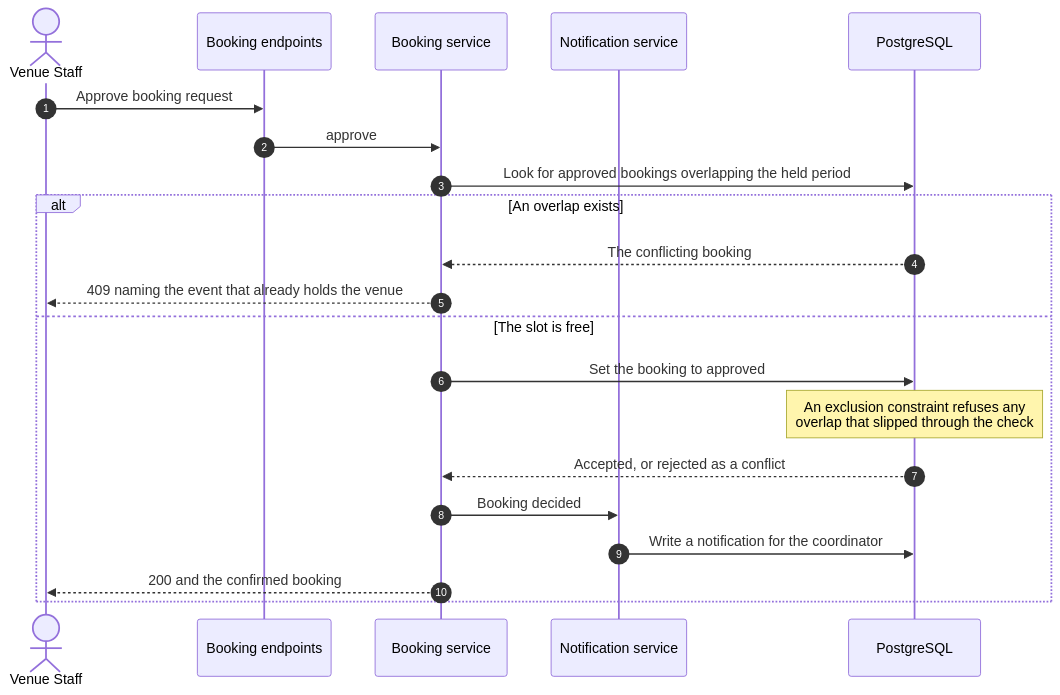
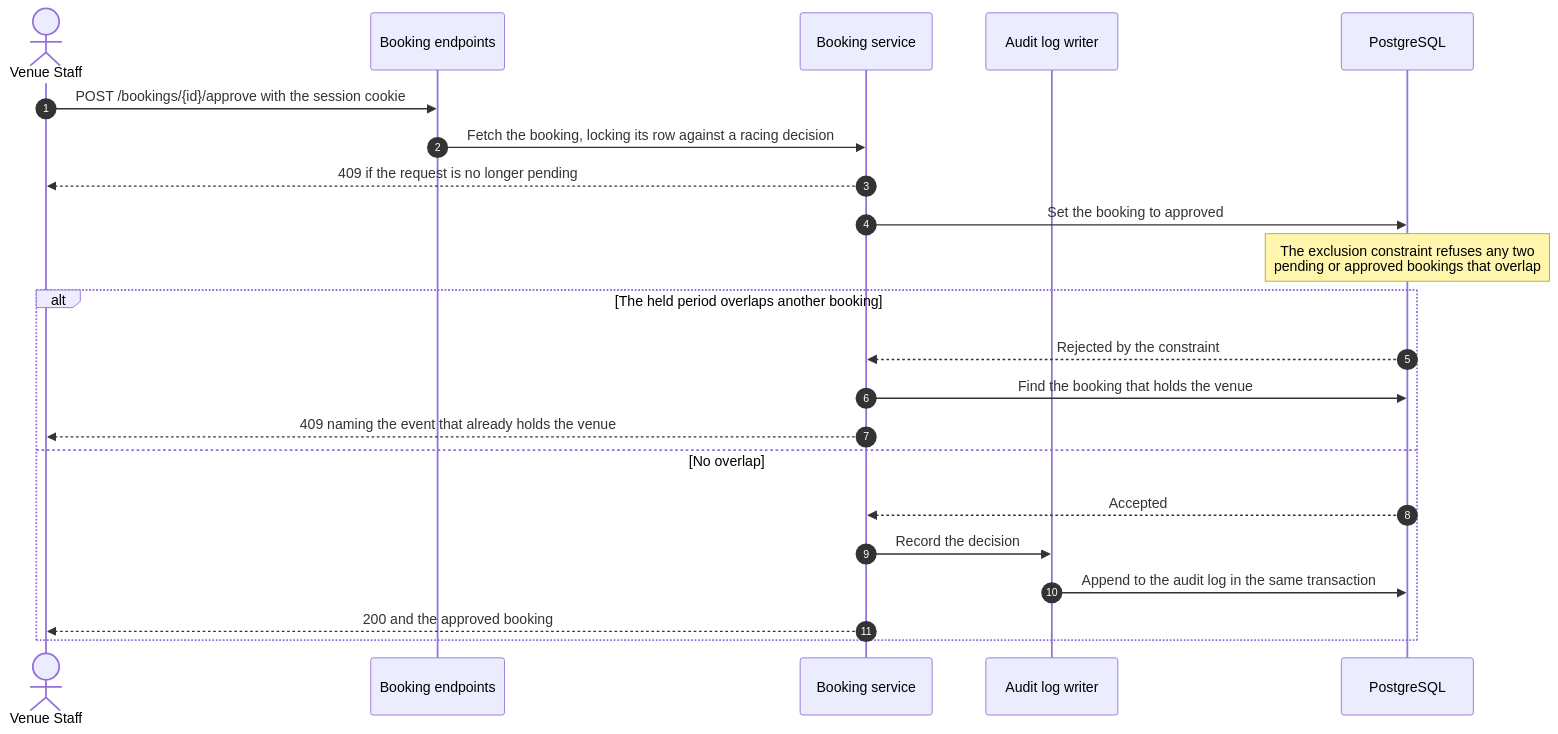
The sixth of 7 diagrams in docs/C4_MODEL.md (mecmk/SPM-G5), drawn with Mermaid before and after one commit. The commit also changed other lines of this file and 20 other files, not shown here.

````diff
--- a/docs/C4_MODEL.md
+++ b/docs/C4_MODEL.md
@@ -205,24 +212,25 @@
 ```mermaid
 sequenceDiagram
     autonumber
     actor VS as Venue Staff
     participant R as Booking endpoints
     participant S as Booking service
-    participant N as Notification service
+    participant AU as Audit log writer
     participant DB as PostgreSQL
 
-    VS->>R: Approve booking request
-    R->>S: approve
-    S->>DB: Look for approved bookings overlapping the held period
-    alt An overlap exists
-        DB-->>S: The conflicting booking
+    VS->>R: POST /bookings/{id}/approve with the session cookie
+    R->>S: Fetch the booking, locking its row against a racing decision
+    S-->>VS: 409 if the request is no longer pending
+    S->>DB: Set the booking to approved
+    Note over DB: The exclusion constraint refuses any two<br/>pending or approved bookings that overlap
+    alt The held period overlaps another booking
+        DB-->>S: Rejected by the constraint
+        S->>DB: Find the booking that holds the venue
         S-->>VS: 409 naming the event that already holds the venue
-    else The slot is free
-        S->>DB: Set the booking to approved
-        Note over DB: An exclusion constraint refuses any<br/>overlap that slipped through the check
-        DB-->>S: Accepted, or rejected as a conflict
-        S->>N: Booking decided
-        N->>DB: Write a notification for the coordinator
-        S-->>VS: 200 and the confirmed booking
+    else No overlap
+        DB-->>S: Accepted
+        S->>AU: Record the decision
+        AU->>DB: Append to the audit log in the same transaction
+        S-->>VS: 200 and the approved booking
     end
 ```
````
